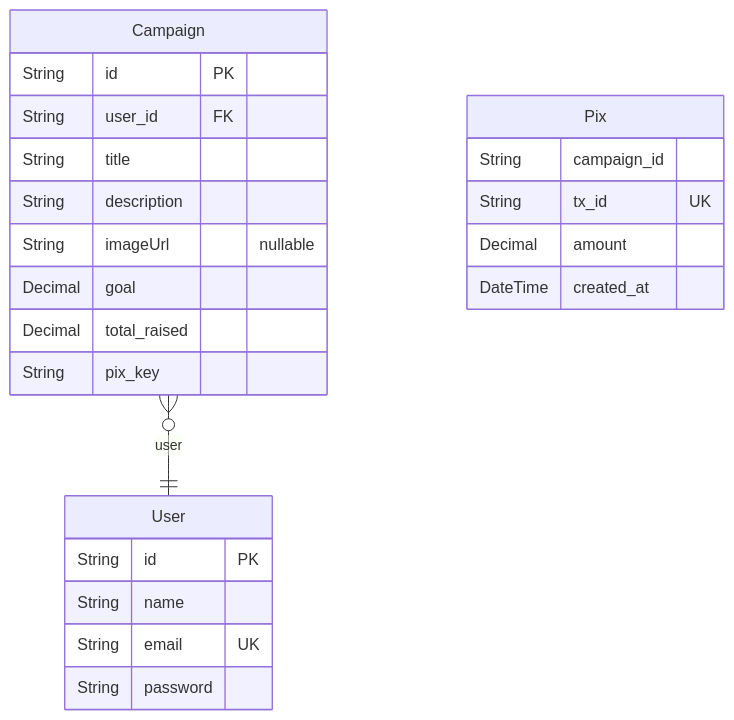
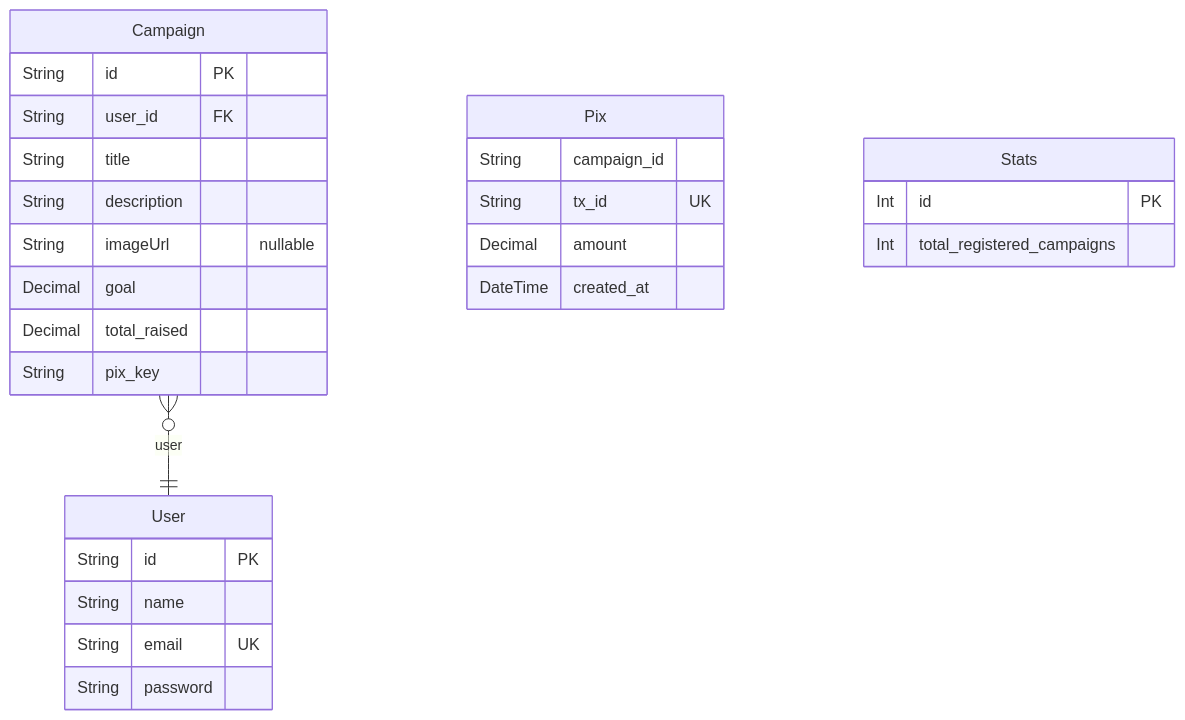
One commit to renansilva15/doe-aqui changed the diagram in ERD.md. Above: the diagram before and after it, drawn with Mermaid. The commit also changed other lines of this file and 6 other files, not shown here.

````diff
--- a/ERD.md
+++ b/ERD.md
@@ -7,26 +7,30 @@
 ```mermaid
 erDiagram
 "User" {
     String id PK
     String name
     String email UK
     String password
 }
 "Campaign" {
     String id PK
     String user_id FK
     String title
     String description
     String imageUrl "nullable"
     Decimal goal
     Decimal total_raised
     String pix_key
 }
 "Pix" {
     String campaign_id
     String tx_id UK
     Decimal amount
     DateTime created_at
 }
+"Stats" {
+    Int id PK
+    Int total_registered_campaigns
+}
 "Campaign" }o--|| "User" : user
 ```
````
